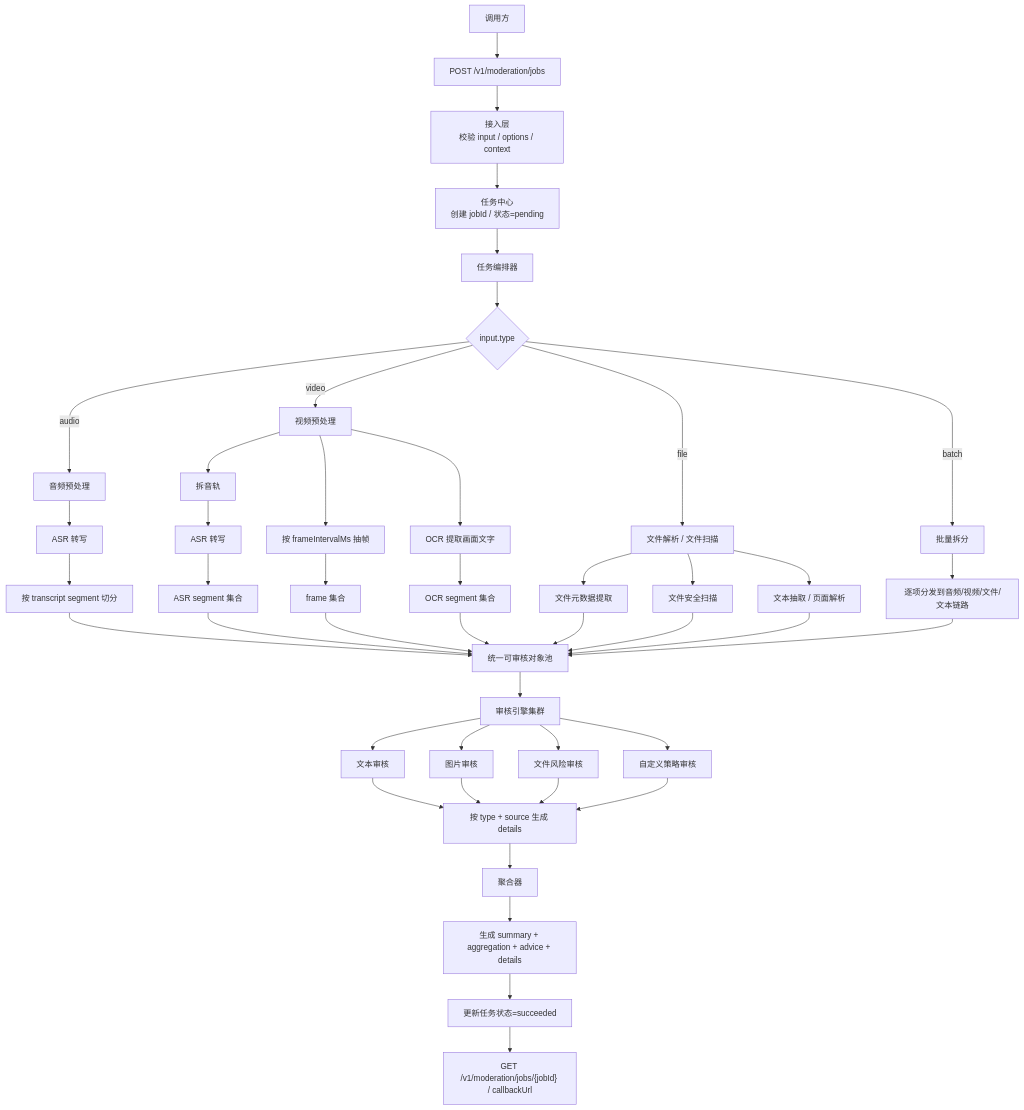
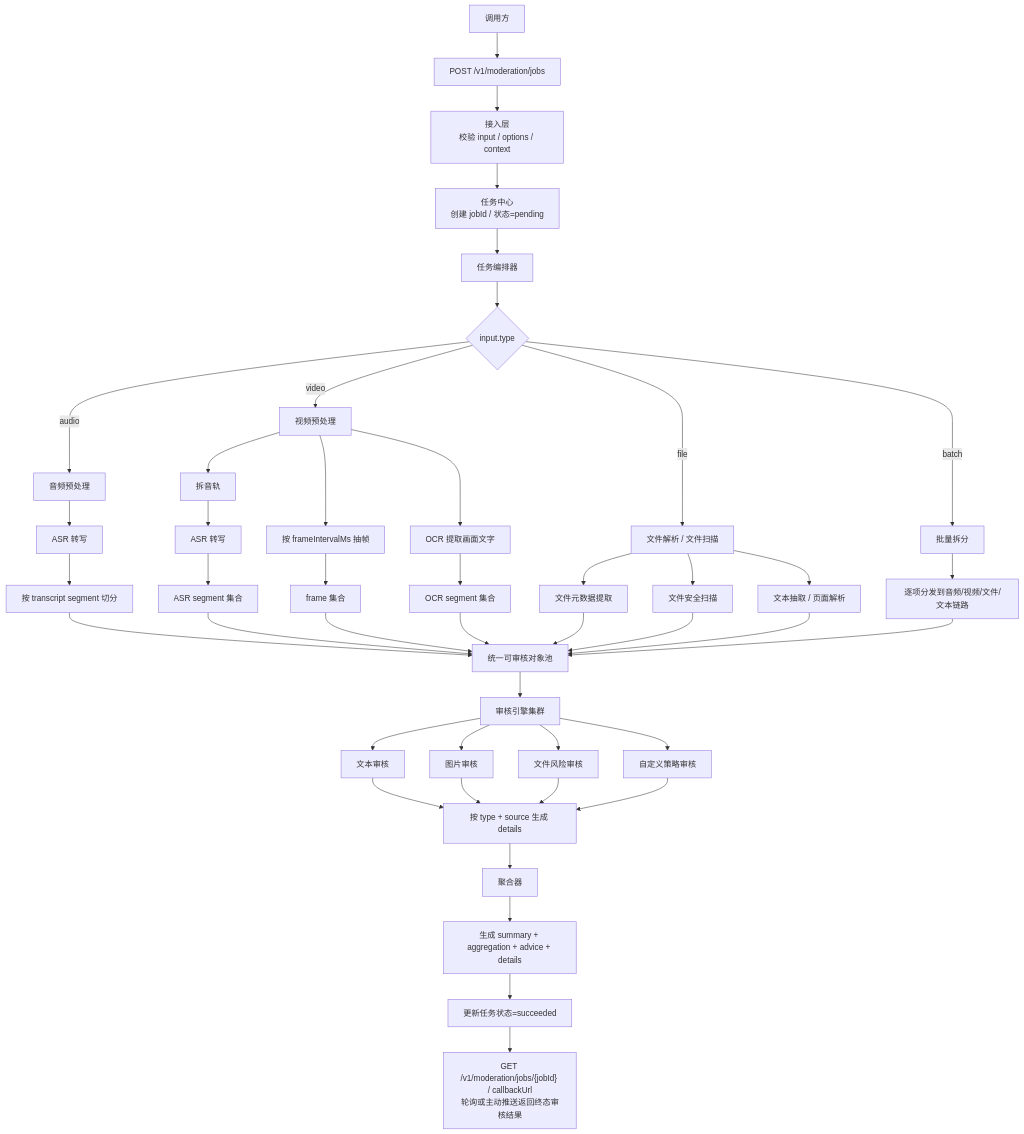
The fourth of 8 diagrams in adreview-platform/docs/moderation-flow-diagrams.md (kelly557/content-review-platform), drawn with Mermaid before and after one commit. The commit also changed other lines of this file and 2 other files, not shown here.

Commit message:
docs: 资源库路径对齐 /resources/* + 审核流程图补全
- moderation-flow-diagrams：补 C5「结果获取（poll / callback / hybrid）」，
  callback 描述补全
- user-use-cases：词库 / 图片库 / 代答库入口路径 /strategy/* -> /resources/*
- review-task-lifecycle：新增任务生命周期文档

````diff
--- a/adreview-platform/docs/moderation-flow-diagrams.md
+++ b/adreview-platform/docs/moderation-flow-diagrams.md
@@ -104,55 +105,56 @@
 ```mermaid
 flowchart TD
     A["调用方"] --> B["POST /v1/moderation/jobs"]
     B --> C["接入层<br/>校验 input / options / context"]
     C --> D["任务中心<br/>创建 jobId / 状态=pending"]
     D --> E["任务编排器"]
 
     E --> F{"input.type"}
     F -->|"audio"| G["音频预处理"]
     F -->|"video"| H["视频预处理"]
     F -->|"file"| I["文件解析 / 文件扫描"]
     F -->|"batch"| J["批量拆分"]
 
     G --> G1["ASR 转写"]
     G1 --> G2["按 transcript segment 切分"]
 
     H --> H1["拆音轨"]
     H1 --> H2["ASR 转写"]
     H --> H3["按 frameIntervalMs 抽帧"]
     H --> H4["OCR 提取画面文字"]
     H2 --> H5["ASR segment 集合"]
     H3 --> H6["frame 集合"]
     H4 --> H7["OCR segment 集合"]
 
     I --> I1["文件元数据提取"]
     I --> I2["文件安全扫描"]
     I --> I3["文本抽取 / 页面解析"]
 
     J --> J1["逐项分发到音频/视频/文件/文本链路"]
 
     G2 --> K["统一可审核对象池"]
     H5 --> K
     H6 --> K
     H7 --> K
     I1 --> K
     I2 --> K
     I3 --> K
     J1 --> K
 
     K --> L["审核引擎集群"]
     L --> L1["文本审核"]
     L --> L2["图片审核"]
     L --> L3["文件风险审核"]
     L --> L4["自定义策略审核"]
 
     L1 --> M["按 type + source 生成 details"]
     L2 --> M
     L3 --> M
     L4 --> M
 
     M --> N["聚合器"]
     N --> O["生成 summary + aggregation + advice + details"]
     O --> P["更新任务状态=succeeded"]
-    P --> Q["GET /v1/moderation/jobs/{jobId} / callbackUrl"]
+    P --> Q["GET /v1/moderation/jobs/{jobId} / callbackUrl
+轮询或主动推送返回终态审核结果"]
 ```
````
